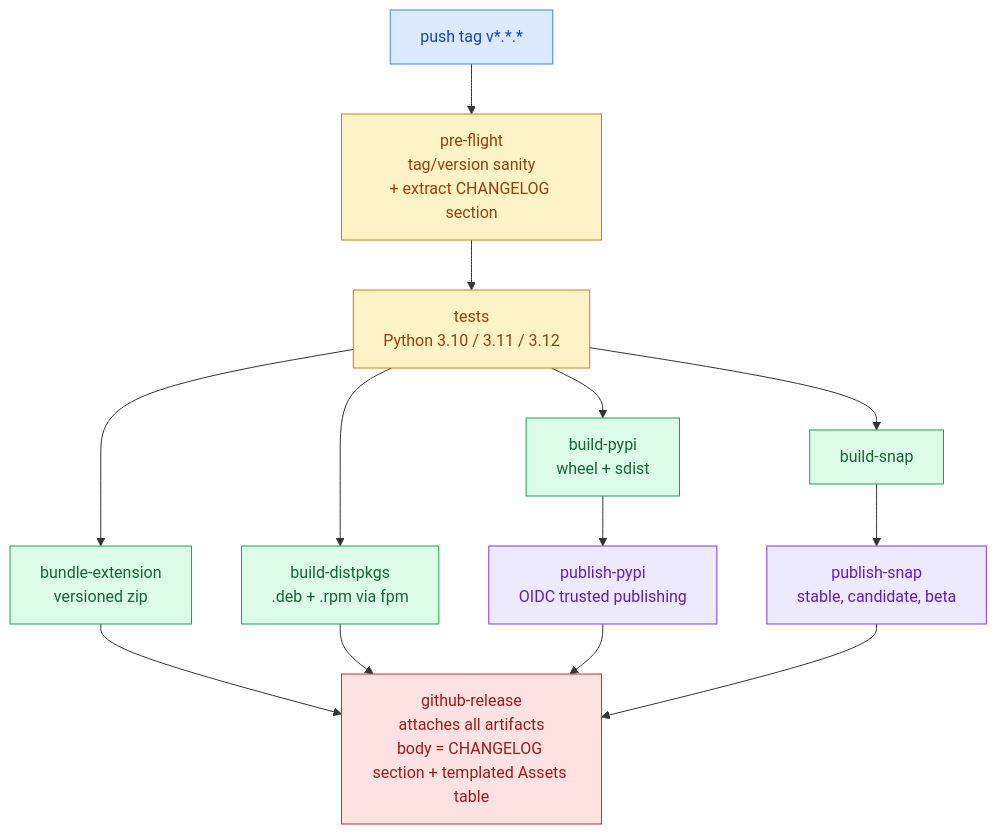
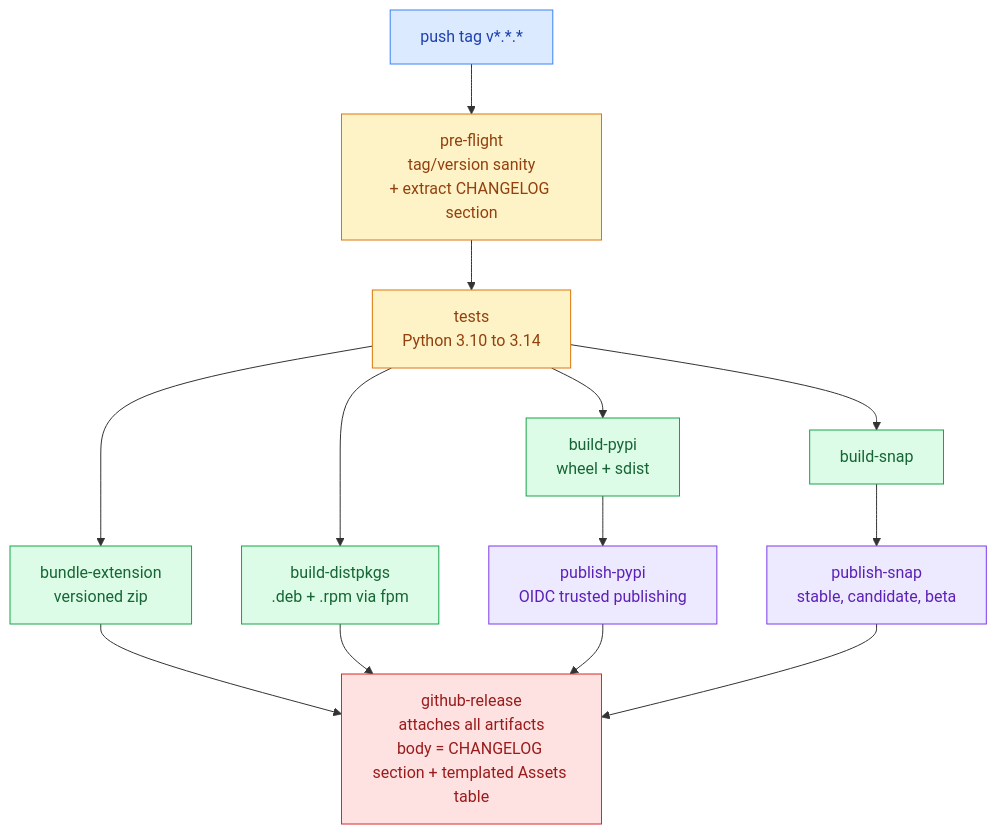
The diagram in docs/releases/README.md (MohammedEl-sayedAhmed/clipman), drawn with Mermaid before and after one commit. The commit also changed 13 other files, not shown here.

````diff
--- a/docs/releases/README.md
+++ b/docs/releases/README.md
@@ -25,34 +25,34 @@
 ```mermaid
 flowchart TD
     classDef trigger fill:#dbeafe,stroke:#3b82f6,color:#1e40af
     classDef gate    fill:#fef3c7,stroke:#d97706,color:#92400e
     classDef build   fill:#dcfce7,stroke:#16a34a,color:#166534
     classDef publish fill:#ede9fe,stroke:#7c3aed,color:#5b21b6
     classDef final   fill:#fee2e2,stroke:#dc2626,color:#991b1b
 
     Tag["push tag v*.*.*"]:::trigger
     PF["pre-flight<br/>tag/version sanity<br/>+ extract CHANGELOG section"]:::gate
-    Tests["tests<br/>Python 3.10 / 3.11 / 3.12"]:::gate
+    Tests["tests<br/>Python 3.10 to 3.14"]:::gate
 
     BPyPI["build-pypi<br/>wheel + sdist"]:::build
     BSnap["build-snap"]:::build
     BExt["bundle-extension<br/>versioned zip"]:::build
     BPkg["build-distpkgs<br/>.deb + .rpm via fpm"]:::build
 
     PPyPI["publish-pypi<br/>OIDC trusted publishing"]:::publish
     PSnap["publish-snap<br/>stable, candidate, beta"]:::publish
 
     Release["github-release<br/>attaches all artifacts<br/>body = CHANGELOG section + templated Assets table"]:::final
 
     Tag --> PF --> Tests
     Tests --> BPyPI
     Tests --> BSnap
     Tests --> BExt
     Tests --> BPkg
     BPyPI --> PPyPI
     BSnap --> PSnap
     BExt --> Release
     BPkg --> Release
     PPyPI --> Release
     PSnap --> Release
 ```
````
